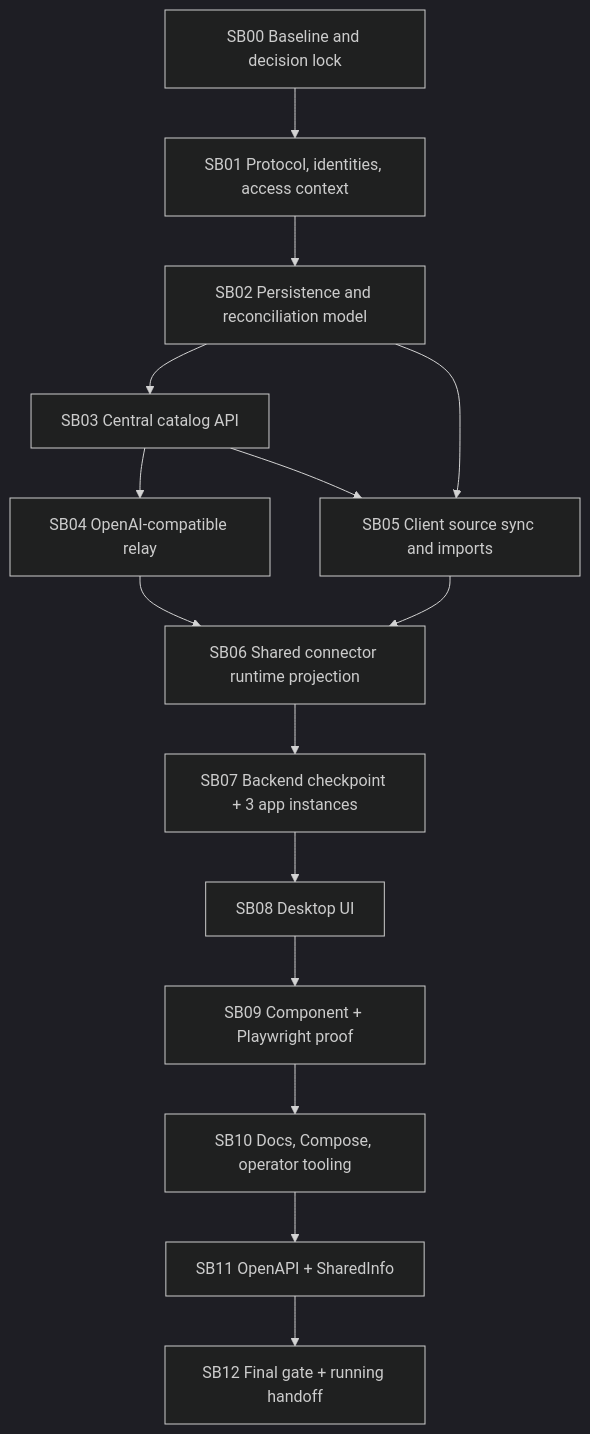
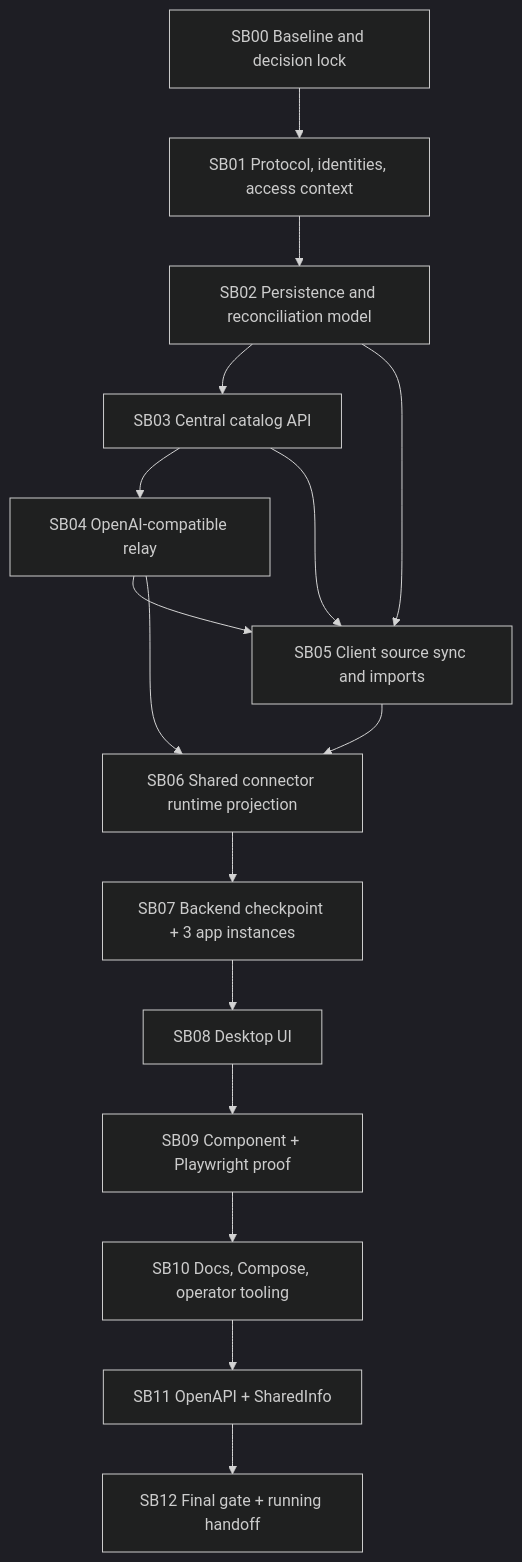
Before and after one commit to fyziktom/CanDoItAll: the diagram in codex/bundles/shared-providers/plan/00-dependency-graph.md, drawn with Mermaid (dark theme). The commit also changed 878 other files, not shown here.

````diff
--- a/codex/bundles/shared-providers/plan/00-dependency-graph.md
+++ b/codex/bundles/shared-providers/plan/00-dependency-graph.md
@@ -3,31 +3,32 @@
 ```mermaid
 flowchart TD
     SB00[SB00 Baseline and decision lock]
     SB01[SB01 Protocol, identities, access context]
     SB02[SB02 Persistence and reconciliation model]
     SB03[SB03 Central catalog API]
     SB04[SB04 OpenAI-compatible relay]
     SB05[SB05 Client source sync and imports]
     SB06[SB06 Shared connector runtime projection]
     SB07[SB07 Backend checkpoint + 3 app instances]
     SB08[SB08 Desktop UI]
     SB09[SB09 Component + Playwright proof]
     SB10[SB10 Docs, Compose, operator tooling]
     SB11[SB11 OpenAPI + SharedInfo]
     SB12[SB12 Final gate + running handoff]
 
     SB00 --> SB01
     SB01 --> SB02
     SB02 --> SB03
     SB03 --> SB04
     SB02 --> SB05
     SB03 --> SB05
+    SB04 --> SB05
     SB04 --> SB06
     SB05 --> SB06
     SB06 --> SB07
     SB07 --> SB08
     SB08 --> SB09
     SB09 --> SB10
     SB10 --> SB11
     SB11 --> SB12
 ```
````
